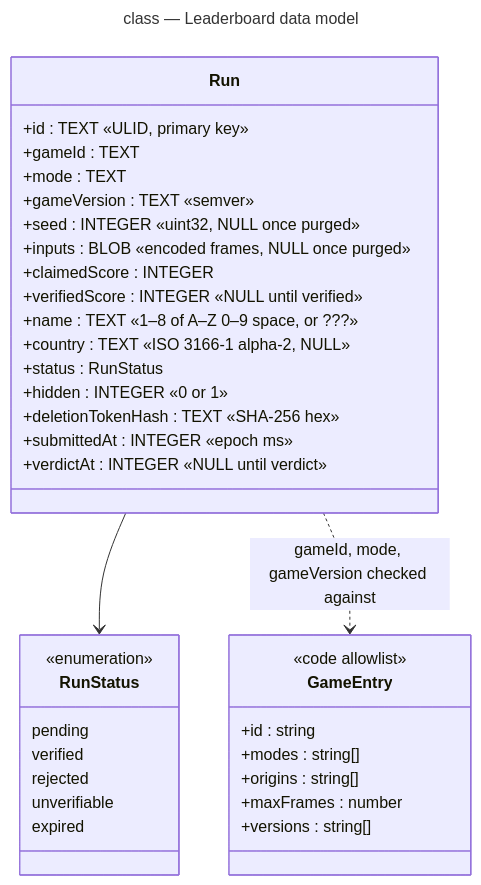
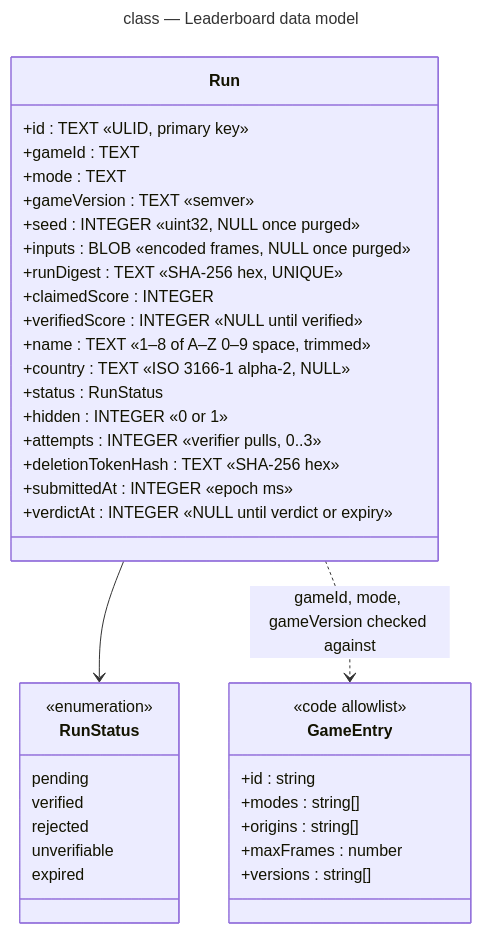
The diagram in docs/architecture/diagrams/leaderboard/04-class-data-model.md (benoit-bremaud/retro-leaderboard), drawn with Mermaid before and after one commit. The commit also changed other lines of this file and 12 other files, not shown here.

First line of the commit message:
docs(uml): address the adversarial review of the conception study

````diff
--- a/docs/architecture/diagrams/leaderboard/04-class-data-model.md
+++ b/docs/architecture/diagrams/leaderboard/04-class-data-model.md
@@ -14,41 +14,43 @@
 ```mermaid
 ---
 title: class — Leaderboard data model
 ---
 classDiagram
     class Run {
         +id : TEXT  «ULID, primary key»
         +gameId : TEXT
         +mode : TEXT
         +gameVersion : TEXT  «semver»
         +seed : INTEGER  «uint32, NULL once purged»
         +inputs : BLOB  «encoded frames, NULL once purged»
+        +runDigest : TEXT  «SHA-256 hex, UNIQUE»
         +claimedScore : INTEGER
         +verifiedScore : INTEGER  «NULL until verified»
-        +name : TEXT  «1–8 of A–Z 0–9 space, or ???»
+        +name : TEXT  «1–8 of A–Z 0–9 space, trimmed»
         +country : TEXT  «ISO 3166-1 alpha-2, NULL»
         +status : RunStatus
         +hidden : INTEGER  «0 or 1»
+        +attempts : INTEGER  «verifier pulls, 0..3»
         +deletionTokenHash : TEXT  «SHA-256 hex»
         +submittedAt : INTEGER  «epoch ms»
-        +verdictAt : INTEGER  «NULL until verdict»
+        +verdictAt : INTEGER  «NULL until verdict or expiry»
     }
     class RunStatus {
         <<enumeration>>
         pending
         verified
         rejected
         unverifiable
         expired
     }
     class GameEntry {
         <<code allowlist>>
         +id : string
         +modes : string[]
         +origins : string[]
         +maxFrames : number
         +versions : string[]
     }
     Run --> RunStatus
     Run ..> GameEntry : gameId, mode, gameVersion checked against
 ```
````
